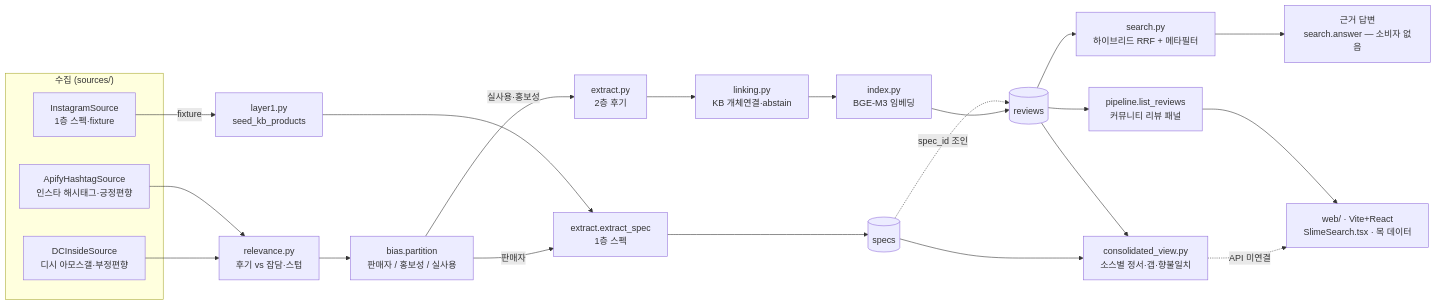
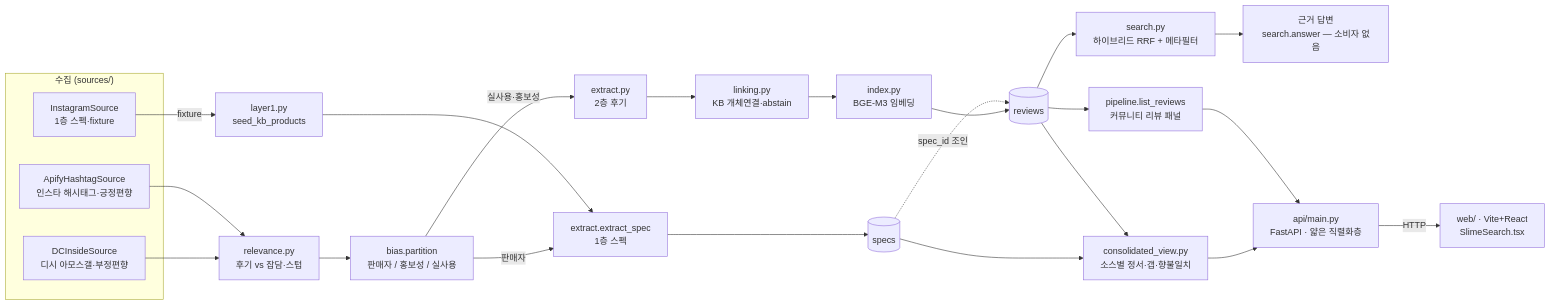
Before and after one commit to dxlpi/slime-review: the first of 2 diagrams in ARCHITECTURE.md, drawn with Mermaid. The commit also changed other lines of this file and 3 other files, not shown here.

````diff
--- a/ARCHITECTURE.md
+++ b/ARCHITECTURE.md
@@ -15,27 +16,28 @@
 ```mermaid
 flowchart LR
   subgraph 수집["수집 (sources/)"]
     DC[DCInsideSource<br/>디시 아모스갤·부정편향]
     AP[ApifyHashtagSource<br/>인스타 해시태그·긍정편향]
     IG[InstagramSource<br/>1층 스펙·fixture]
   end
   DC --> REL
   AP --> REL
   REL[relevance.py<br/>후기 vs 잡담·스텁] --> BIAS
   BIAS[bias.partition<br/>판매자 / 홍보성 / 실사용] -->|판매자| SPEC
   BIAS -->|실사용·홍보성| EX2
   IG -->|fixture| L1
   L1[layer1.py<br/>seed_kb_products] --> SPEC
   SPEC[extract.extract_spec<br/>1층 스펙] --> DBs[(specs)]
   EX2[extract.py<br/>2층 후기] --> LINK
   LINK[linking.py<br/>KB 개체연결·abstain] --> IDX
   IDX[index.py<br/>BGE-M3 임베딩] --> DBr[(reviews)]
   DBs -. spec_id 조인 .-> DBr
   DBr --> SEARCH[search.py<br/>하이브리드 RRF + 메타필터]
   DBs --> CONS[consolidated_view.py<br/>소스별 정서·갭·향불일치]
   DBr --> CONS
   SEARCH --> ANS[근거 답변<br/>search.answer — 소비자 없음]
-  CONS -.->|API 미연결| UI[web/ · Vite+React<br/>SlimeSearch.tsx · 목 데이터]
+  CONS --> API
   DBr --> LR[pipeline.list_reviews<br/>커뮤니티 리뷰 패널]
-  LR --> UI
+  LR --> API[api/main.py<br/>FastAPI · 얇은 직렬화층]
+  API -->|HTTP| UI[web/ · Vite+React<br/>SlimeSearch.tsx]
 ```
````
